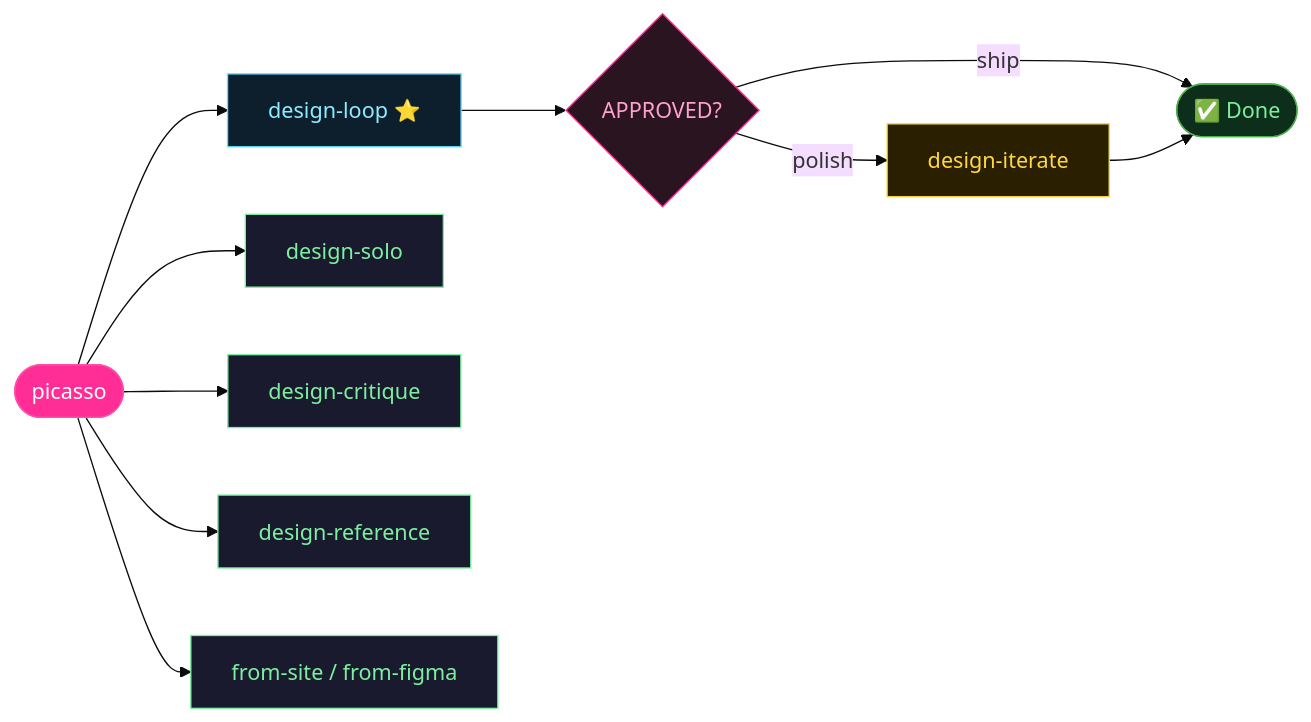
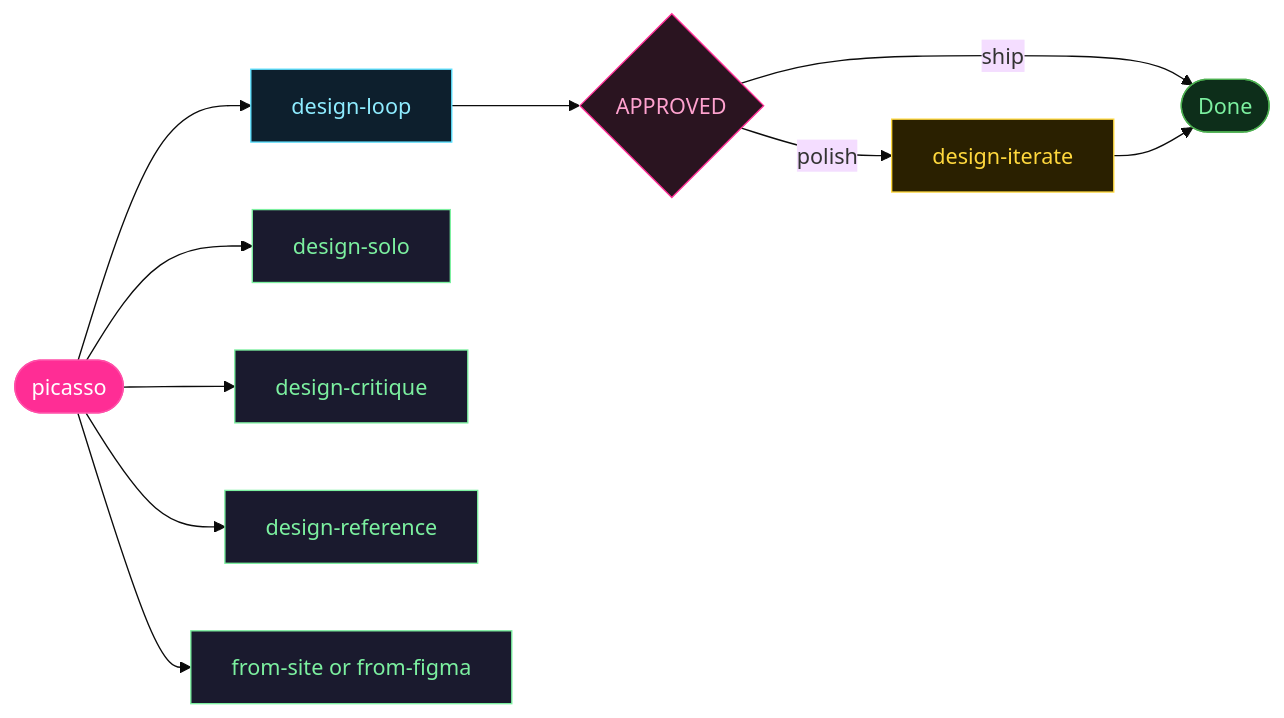
The fourth of 9 diagrams in README.md (RazvanGabrielNiculae/picasso-claude-design-claude-code-bridge-loop), drawn with Mermaid (base theme) before and after one commit. The commit also changed other lines of this file, not shown here.

First line of the commit message:
fix: resolve all remaining Mermaid render errors

````diff
--- a/README.md
+++ b/README.md
@@ -200,22 +200,22 @@
 ```mermaid
 flowchart LR
-    S([picasso]) --> LOOP[design-loop ⭐]
+    S([picasso]) --> LOOP[design-loop]
     S --> SOLO[design-solo]
     S --> CRIT[design-critique]
     S --> REF[design-reference]
-    S --> SRC[from-site / from-figma]
-    LOOP --> AP{APPROVED?}
+    S --> SRC[from-site or from-figma]
+    LOOP --> AP{APPROVED}
     AP -- "polish" --> ITER[design-iterate]
-    AP -- "ship" --> DONE([✅ Done])
+    AP -- "ship" --> DONE([Done])
     ITER --> DONE
 
     style S fill:#ff2d95,stroke:#ff4fa8,color:#fff
     style LOOP fill:#0d1f2d,stroke:#5ce1ff,color:#8eecff
     style SOLO fill:#1a1a2e,stroke:#7cf0a0,color:#7cf0a0
     style CRIT fill:#1a1a2e,stroke:#7cf0a0,color:#7cf0a0
     style REF fill:#1a1a2e,stroke:#7cf0a0,color:#7cf0a0
     style SRC fill:#1a1a2e,stroke:#7cf0a0,color:#7cf0a0
     style ITER fill:#2a2000,stroke:#ffd83d,color:#ffd83d
     style AP fill:#2a1420,stroke:#ff2d95,color:#ffa2cf
     style DONE fill:#0d2e1a,stroke:#4caf50,color:#7cf0a0
 ```
````
